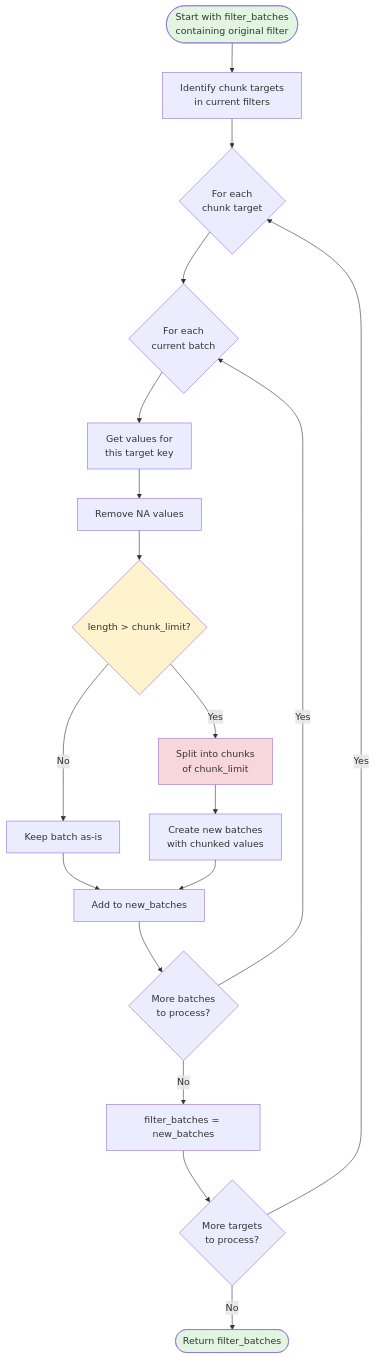
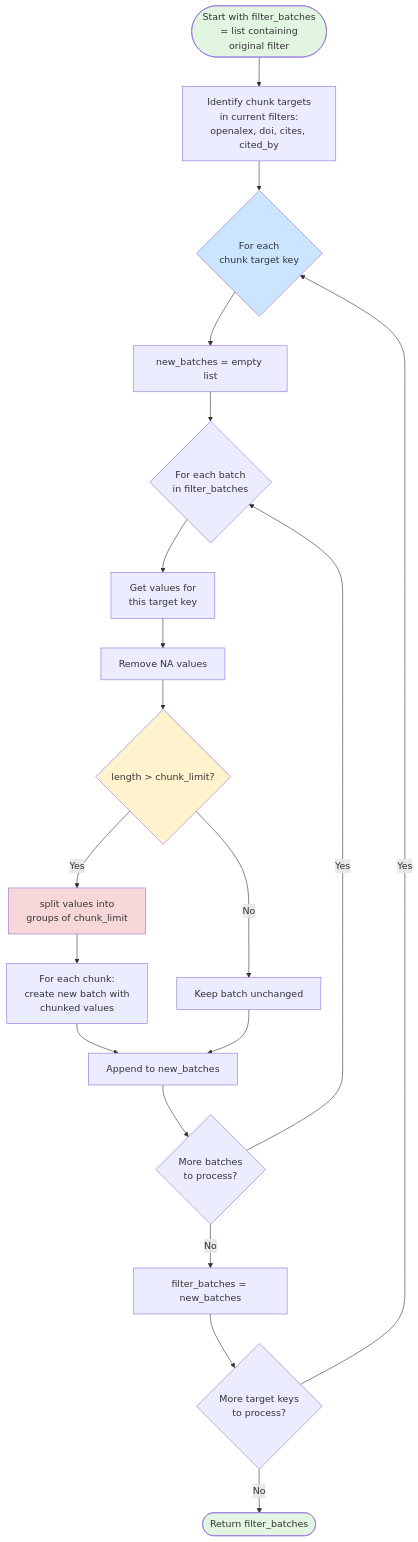
One commit to rkrug/openalexPro changed the eighth of 12 diagrams in vignettes/pro_query.qmd. Above: the diagram before and after it, drawn with Mermaid. The commit also changed other lines of this file and 6 other files, not shown here.

````diff
--- a/vignettes/pro_query.qmd
+++ b/vignettes/pro_query.qmd
@@ -359,33 +798,35 @@
 ```{mermaid}
 flowchart TD
-    Start([Start with filter_batches<br/>containing original filter]) --> IdentifyTargets[Identify chunk targets<br/>in current filters]
+    Start([Start with filter_batches<br/>= list containing<br/>original filter]) --> IdentifyTargets[Identify chunk targets<br/>in current filters:<br/>openalex, doi, cites, cited_by]
 
-    IdentifyTargets --> LoopTargets{For each<br/>chunk target}
+    IdentifyTargets --> LoopTargets{For each<br/>chunk target key}
 
-    LoopTargets --> LoopBatches{For each<br/>current batch}
+    LoopTargets --> InitNewBatches[new_batches = empty list]
+    InitNewBatches --> LoopBatches{For each batch<br/>in filter_batches}
 
     LoopBatches --> GetValues[Get values for<br/>this target key]
     GetValues --> RemoveNA[Remove NA values]
 
     RemoveNA --> CheckSize{length > chunk_limit?}
 
-    CheckSize -->|Yes| Split[Split into chunks<br/>of chunk_limit]
-    CheckSize -->|No| Keep[Keep batch as-is]
+    CheckSize -->|Yes| Split[split values into<br/>groups of chunk_limit]
+    Split --> CreateNewBatches[For each chunk:<br/>create new batch with<br/>chunked values]
+    CreateNewBatches --> AddToNew[Append to new_batches]
 
-    Split --> CreateBatches[Create new batches<br/>with chunked values]
-    Keep --> AddToNew[Add to new_batches]
-    CreateBatches --> AddToNew
+    CheckSize -->|No| Keep[Keep batch unchanged]
+    Keep --> AddToNew
 
     AddToNew --> MoreBatches{More batches<br/>to process?}
     MoreBatches -->|Yes| LoopBatches
     MoreBatches -->|No| UpdateBatches[filter_batches = new_batches]
 
-    UpdateBatches --> MoreTargets{More targets<br/>to process?}
+    UpdateBatches --> MoreTargets{More target keys<br/>to process?}
     MoreTargets -->|Yes| LoopTargets
     MoreTargets -->|No| Return([Return filter_batches])
 
     style Start fill:#e1f5e1
     style Return fill:#e1f5e1
     style CheckSize fill:#fff3cd
     style Split fill:#f8d7da
+    style LoopTargets fill:#cce5ff
 ```
````
